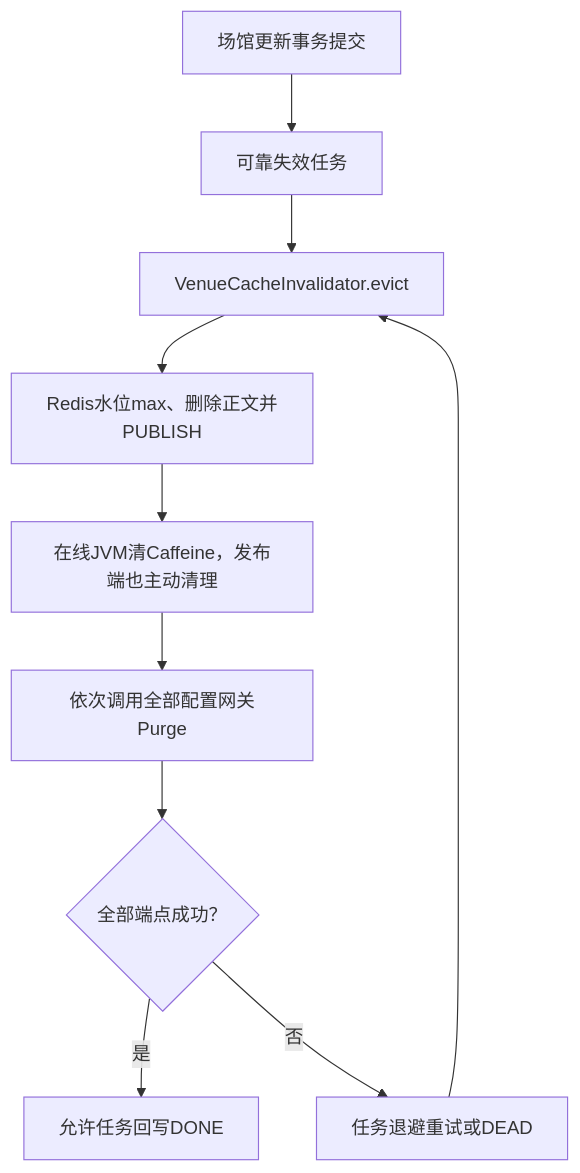
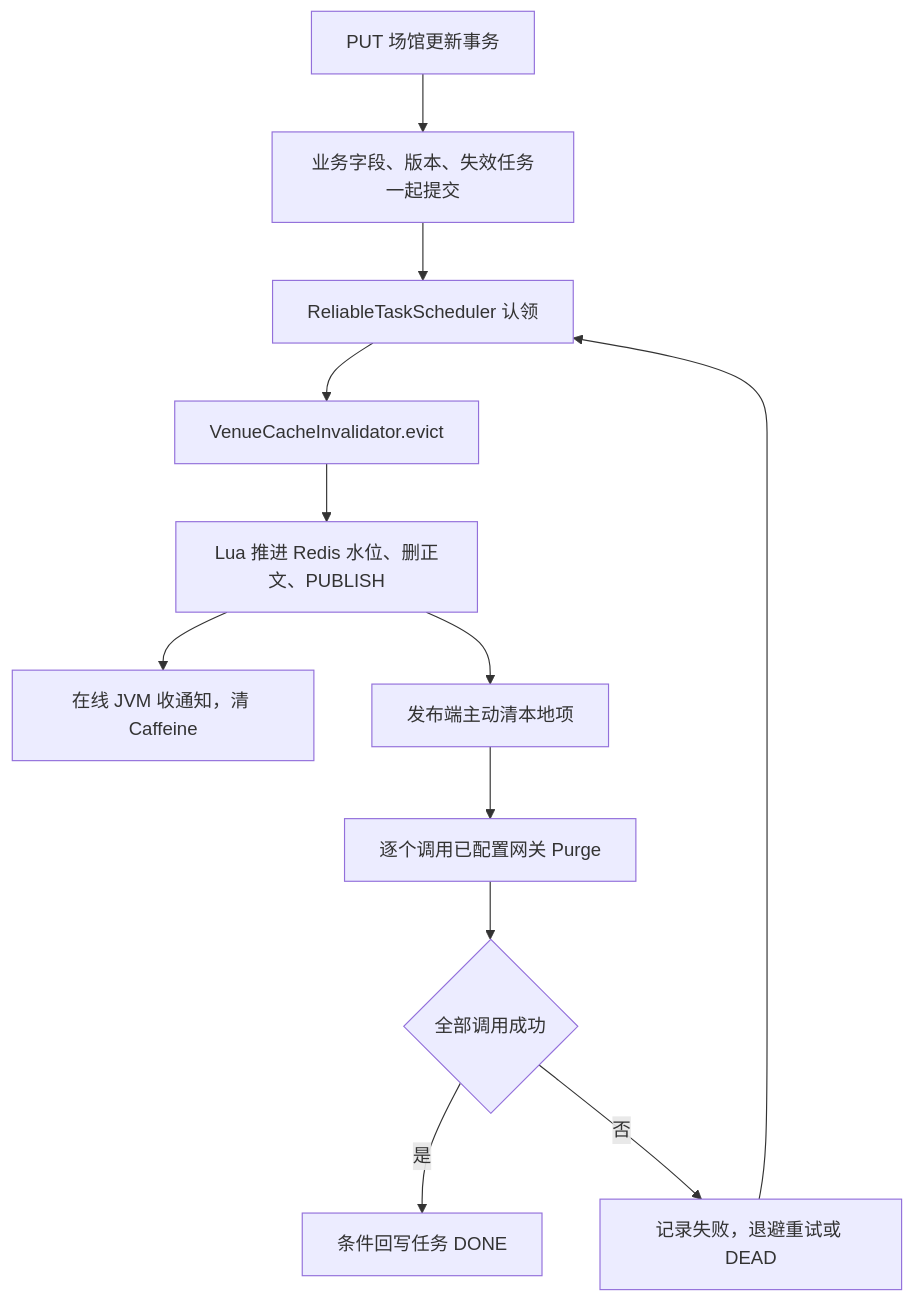
Before and after one commit to SyH-101/citypass-platform: the fourth of 5 diagrams in 02-多级缓存一致性.md, drawn with Mermaid. The commit also changed other lines of this file, not shown here.

Commit message:
docs: focus cache guide on resume flows with line-by-line source annotations

````diff
--- a/02-多级缓存一致性.md
+++ b/02-多级缓存一致性.md
@@ -656,12 +688,14 @@
 ```mermaid
 flowchart TD
-    A["场馆更新事务提交"] --> B["可靠失效任务"]
-    B --> C["VenueCacheInvalidator.evict"]
-    C --> D["Redis水位max、删除正文并PUBLISH"]
-    D --> E["在线JVM清Caffeine，发布端也主动清理"]
-    E --> F["依次调用全部配置网关Purge"]
-    F --> G{"全部端点成功？"}
-    G -->|是| H["允许任务回写DONE"]
-    G -->|否| I["任务退避重试或DEAD"]
-    I --> C
+    A["PUT 场馆更新事务"] --> B["业务字段、版本、失效任务一起提交"]
+    B --> C["ReliableTaskScheduler 认领"]
+    C --> D["VenueCacheInvalidator.evict"]
+    D --> E["Lua 推进 Redis 水位、删正文、PUBLISH"]
+    E --> F["在线 JVM 收通知，清 Caffeine"]
+    E --> G["发布端主动清本地项"]
+    G --> H["逐个调用已配置网关 Purge"]
+    H --> I{"全部调用成功"}
+    I -->|是| J["条件回写任务 DONE"]
+    I -->|否| K["记录失败，退避重试或 DEAD"]
+    K --> C
 ```
````
